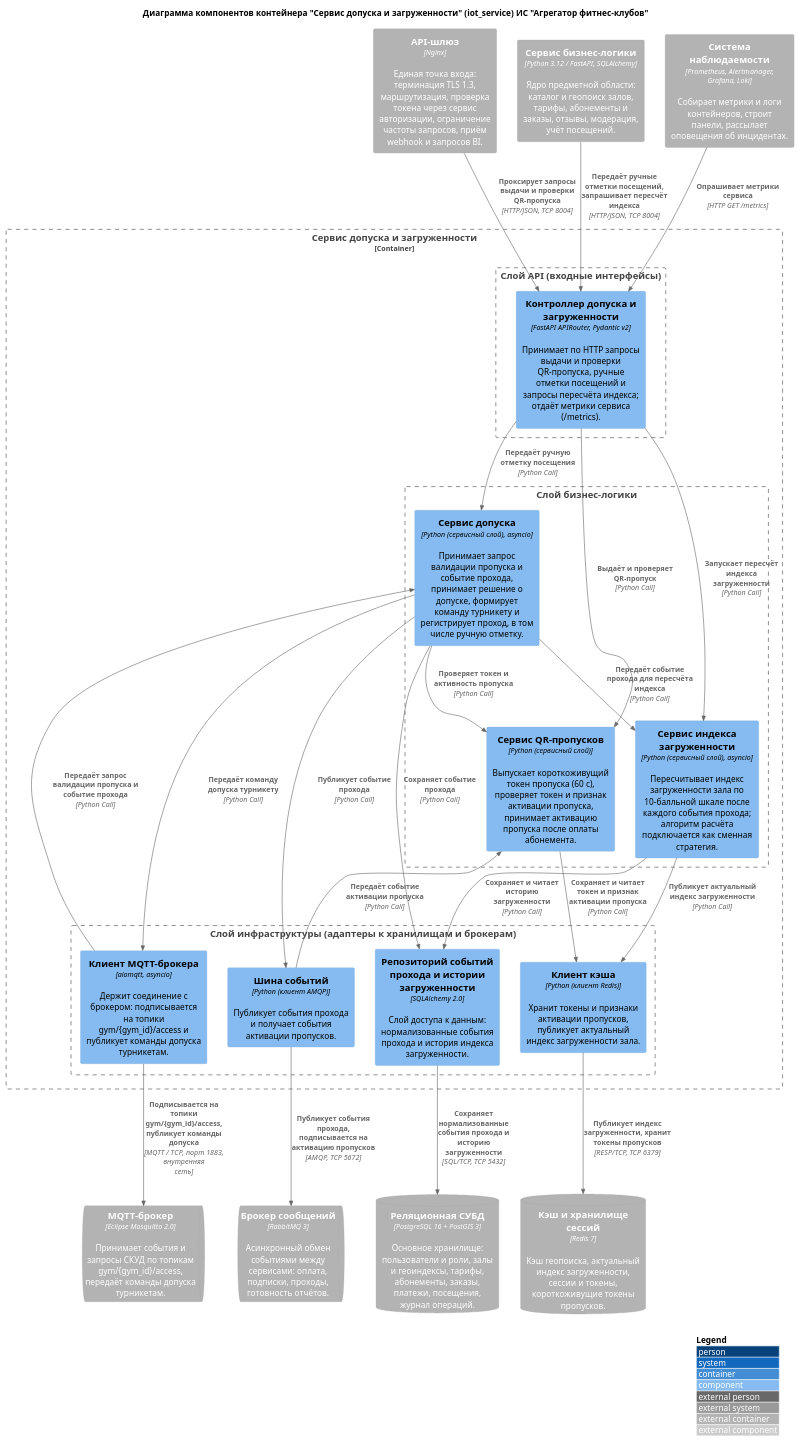
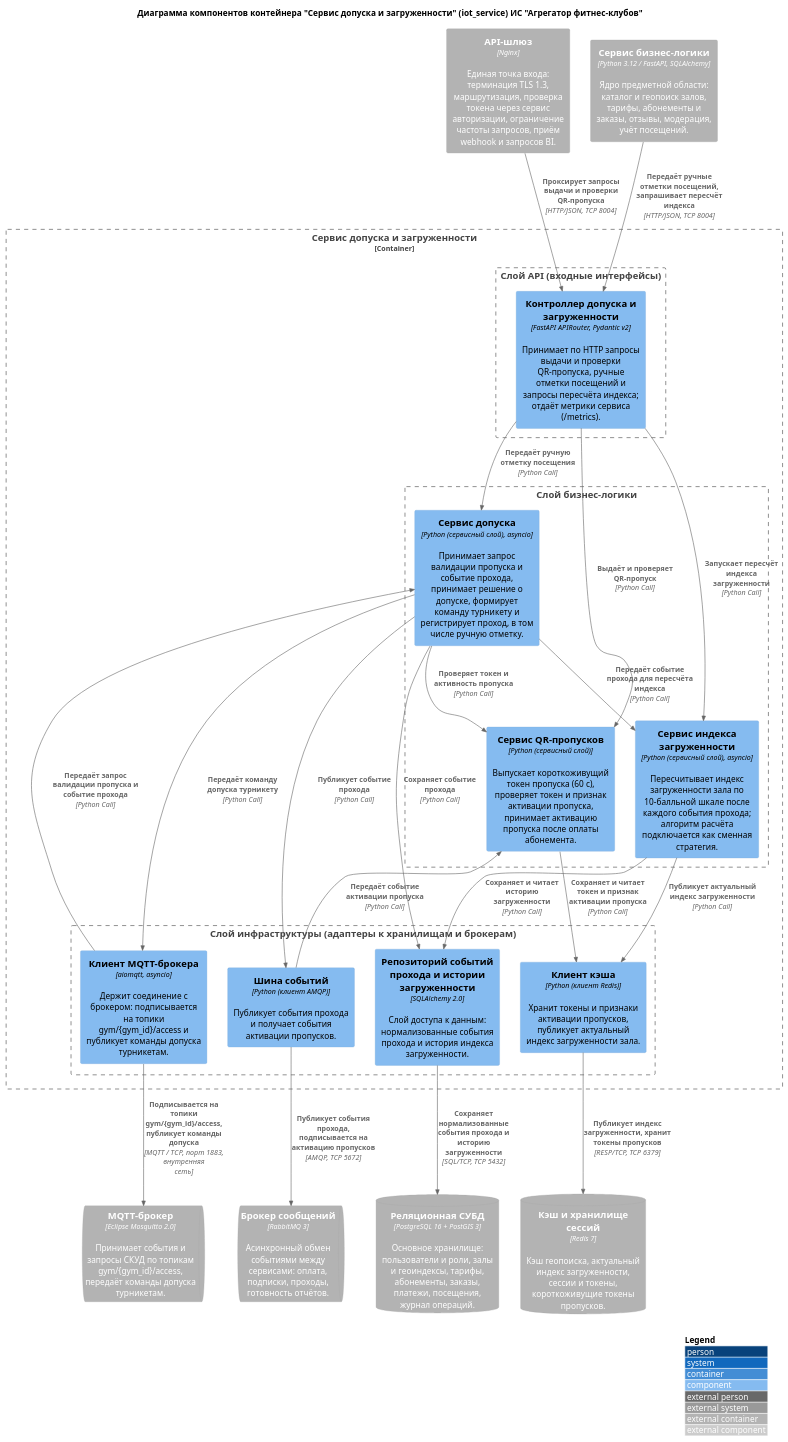
Before and after one commit to lamtfey11/ISIT-project-gym-aggregator: the diagram in src/local/lisov/L3_2_teamlead.puml, drawn with PlantUML.

Commit message:
Редактирование L3 iot_service

```diff
--- a/src/local/lisov/L3_2_teamlead.puml
+++ b/src/local/lisov/L3_2_teamlead.puml
@@ -1,69 +1,67 @@
 @startuml L3_iot_service
 !include https://raw.githubusercontent.com/plantuml-stdlib/C4-PlantUML/master/C4_Component.puml
 
 LAYOUT_WITH_LEGEND()
 title Диаграмма компонентов контейнера "Сервис допуска и загруженности" (iot_service) ИС "Агрегатор фитнес-клубов"
 
 ' === СОСЕДНИЕ КОНТЕЙНЕРЫ (чёрные ящики, внутрь не заглядываем) ===
 Container_Ext(api_gateway, "API-шлюз", "Nginx", "Единая точка входа: терминация TLS 1.3, маршрутизация, проверка токена через сервис авторизации, ограничение частоты запросов, приём webhook и запросов BI.")
 Container_Ext(core_api, "Сервис бизнес-логики", "Python 3.12 / FastAPI, SQLAlchemy", "Ядро предметной области: каталог и геопоиск залов, тарифы, абонементы и заказы, отзывы, модерация, учёт посещений.")
-Container_Ext(monitoring, "Система наблюдаемости", "Prometheus, Alertmanager, Grafana, Loki", "Собирает метрики и логи контейнеров, строит панели, рассылает оповещения об инцидентах.")
 ContainerQueue_Ext(mqtt_broker, "MQTT-брокер", "Eclipse Mosquitto 2.0", "Принимает события и запросы СКУД по топикам gym/{gym_id}/access, передаёт команды допуска турникетам.")
 ContainerQueue_Ext(message_broker, "Брокер сообщений", "RabbitMQ 3", "Асинхронный обмен событиями между сервисами: оплата, подписки, проходы, готовность отчётов.")
 ContainerDb_Ext(database, "Реляционная СУБД", "PostgreSQL 16 + PostGIS 3", "Основное хранилище: пользователи и роли, залы и геоиндексы, тарифы, абонементы, заказы, платежи, посещения, журнал операций.")
 ContainerDb_Ext(cache, "Кэш и хранилище сессий", "Redis 7", "Кэш геопоиска, актуальный индекс загруженности, сессии и токены, короткоживущие токены пропусков.")
 
 ' === ПРОЕКТИРУЕМЫЙ КОНТЕЙНЕР: слои сверху вниз (API -> бизнес-логика -> инфраструктура) ===
 Container_Boundary(iot_service, "Сервис допуска и загруженности") {
 
   Boundary(api_layer, "Слой API (входные интерфейсы)") {
     Component(iot_api_comp, "Контроллер допуска и загруженности", "FastAPI APIRouter, Pydantic v2", "Принимает по HTTP запросы выдачи и проверки QR-пропуска, ручные отметки посещений и запросы пересчёта индекса; отдаёт метрики сервиса (/metrics).")
   }
 
   Boundary(service_layer, "Слой бизнес-логики") {
     Component(pass_comp, "Сервис QR-пропусков", "Python (сервисный слой)", "Выпускает короткоживущий токен пропуска (60 с), проверяет токен и признак активации пропуска, принимает активацию пропуска после оплаты абонемента.")
     Component(access_comp, "Сервис допуска", "Python (сервисный слой), asyncio", "Принимает запрос валидации пропуска и событие прохода, принимает решение о допуске, формирует команду турникету и регистрирует проход, в том числе ручную отметку.")
     Component(occupancy_comp, "Сервис индекса загруженности", "Python (сервисный слой), asyncio", "Пересчитывает индекс загруженности зала по 10-балльной шкале после каждого события прохода; алгоритм расчёта подключается как сменная стратегия.")
   }
 
   Boundary(infrastructure_layer, "Слой инфраструктуры (адаптеры к хранилищам и брокерам)") {
     Component(mqtt_gateway_comp, "Клиент MQTT-брокера", "aiomqtt, asyncio", "Держит соединение с брокером: подписывается на топики gym/{gym_id}/access и публикует команды допуска турникетам.")
     Component(iot_repo_comp, "Репозиторий событий прохода и истории загруженности", "SQLAlchemy 2.0", "Слой доступа к данным: нормализованные события прохода и история индекса загруженности.")
     Component(iot_cache_comp, "Клиент кэша", "Python (клиент Redis)", "Хранит токены и признаки активации пропусков, публикует актуальный индекс загруженности зала.")
     Component(iot_events_comp, "Шина событий", "Python (клиент AMQP)", "Публикует события прохода и получает события активации пропусков.")
   }
 }
 
 ' === ВХОДЯЩИЕ СЕТЕВЫЕ ВЫЗОВЫ (стыковочные шлюзы контейнера) ===
 Rel(api_gateway, iot_api_comp, "Проксирует запросы выдачи и проверки QR-пропуска", "HTTP/JSON, TCP 8004")
 Rel(core_api, iot_api_comp, "Передаёт ручные отметки посещений, запрашивает пересчёт индекса", "HTTP/JSON, TCP 8004")
-Rel(monitoring, iot_api_comp, "Опрашивает метрики сервиса", "HTTP GET /metrics")
 
 ' === ВНУТРИПРОЦЕССНЫЕ ВЫЗОВЫ: API -> бизнес-логика ===
 Rel(iot_api_comp, pass_comp, "Выдаёт и проверяет QR-пропуск", "Python Call")
 Rel(iot_api_comp, access_comp, "Передаёт ручную отметку посещения", "Python Call")
 Rel(iot_api_comp, occupancy_comp, "Запускает пересчёт индекса загруженности", "Python Call")
 
 ' === ВНУТРИПРОЦЕССНЫЕ ВЫЗОВЫ: события СКУД и брокера -> бизнес-логика ===
 Rel(mqtt_gateway_comp, access_comp, "Передаёт запрос валидации пропуска и событие прохода", "Python Call")
 Rel(iot_events_comp, pass_comp, "Передаёт событие активации пропуска", "Python Call")
 
 ' === ВНУТРИПРОЦЕССНЫЕ ВЫЗОВЫ: внутри слоя бизнес-логики ===
 Rel(access_comp, pass_comp, "Проверяет токен и активность пропуска", "Python Call")
 Rel(access_comp, occupancy_comp, "Передаёт событие прохода для пересчёта индекса", "Python Call")
 
 ' === ВНУТРИПРОЦЕССНЫЕ ВЫЗОВЫ: бизнес-логика -> инфраструктура ===
 Rel(access_comp, mqtt_gateway_comp, "Передаёт команду допуска турникету", "Python Call")
 Rel(access_comp, iot_repo_comp, "Сохраняет событие прохода", "Python Call")
 Rel(access_comp, iot_events_comp, "Публикует событие прохода", "Python Call")
 Rel(pass_comp, iot_cache_comp, "Сохраняет и читает токен и признак активации пропуска", "Python Call")
 Rel(occupancy_comp, iot_cache_comp, "Публикует актуальный индекс загруженности", "Python Call")
 Rel(occupancy_comp, iot_repo_comp, "Сохраняет и читает историю загруженности", "Python Call")
 
 ' === ИСХОДЯЩИЕ СЕТЕВЫЕ ВЫЗОВЫ ===
 Rel(mqtt_gateway_comp, mqtt_broker, "Подписывается на топики gym/{gym_id}/access, публикует команды допуска", "MQTT / TCP, порт 1883, внутренняя сеть")
 Rel(iot_repo_comp, database, "Сохраняет нормализованные события прохода и историю загруженности", "SQL/TCP, TCP 5432")
 Rel(iot_cache_comp, cache, "Публикует индекс загруженности, хранит токены пропусков", "RESP/TCP, TCP 6379")
 Rel(iot_events_comp, message_broker, "Публикует события прохода, подписывается на активацию пропусков", "AMQP, TCP 5672")
 
 @enduml
```
